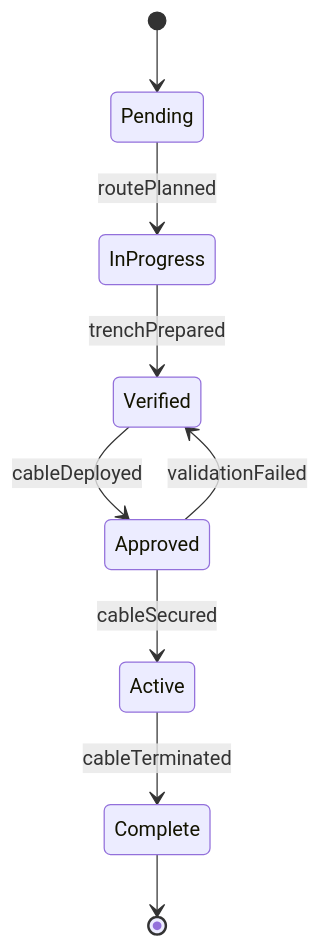
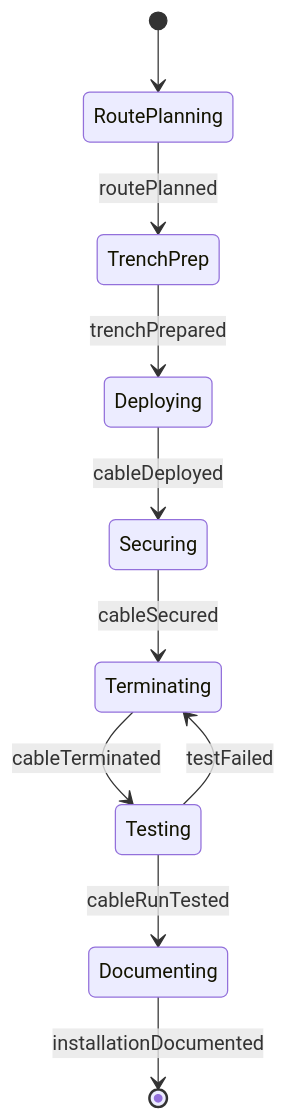
The second of 4 diagrams in HandlingAndMovingObjects/ConnectComponentsOrSupplyLinesToEquipmentOrTools/LayCablesConnectEquipment.mdx (dot-org-ai/tasks.org.ai), drawn with Mermaid before and after one commit. The commit also changed other lines of this file and 515 other files, not shown here.

````diff
--- a/HandlingAndMovingObjects/ConnectComponentsOrSupplyLinesToEquipmentOrTools/LayCablesConnectEquipment.mdx
+++ b/HandlingAndMovingObjects/ConnectComponentsOrSupplyLinesToEquipmentOrTools/LayCablesConnectEquipment.mdx
@@ -98,11 +99,12 @@
 ```mermaid
 stateDiagram-v2
-    [*] --> Pending
-    Pending --> InProgress : routePlanned
-    InProgress --> Verified : trenchPrepared
-    Verified --> Approved : cableDeployed
-    Approved --> Active : cableSecured
-    Active --> Complete : cableTerminated
-    Approved --> Verified : validationFailed
-    Complete --> [*]
+    [*] --> RoutePlanning
+    RoutePlanning --> TrenchPrep : routePlanned
+    TrenchPrep --> Deploying : trenchPrepared
+    Deploying --> Securing : cableDeployed
+    Securing --> Terminating : cableSecured
+    Terminating --> Testing : cableTerminated
+    Testing --> Documenting : cableRunTested
+    Documenting --> [*] : installationDocumented
+    Testing --> Terminating : testFailed
 ```
````
